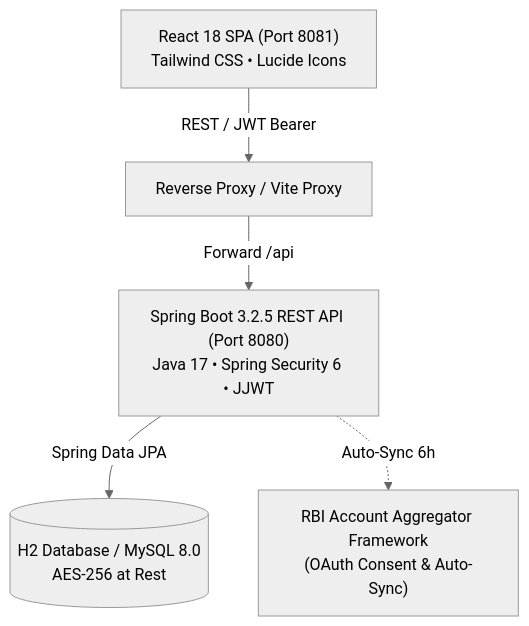
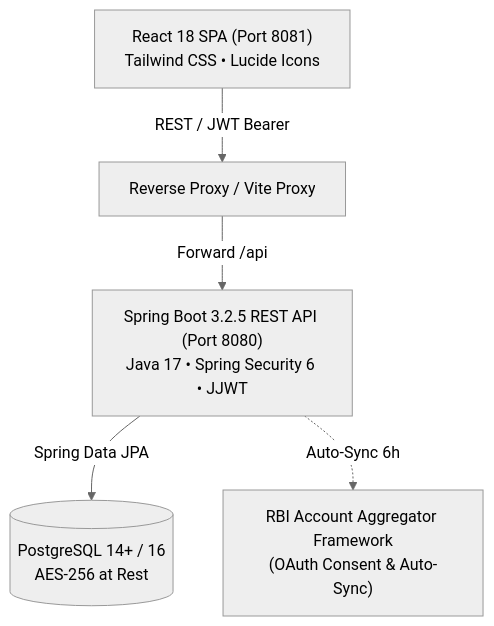
One commit to keerthana-rajamani/finance-app changed the diagram in README.md. Above: the diagram before and after it, drawn with Mermaid (neutral theme). The commit also changed other lines of this file and 5 other files, not shown here.

Commit message:
feat: migrate database layer from H2/MySQL to PostgreSQL

````diff
--- a/README.md
+++ b/README.md
@@ -15,13 +15,13 @@
 ```mermaid
 graph TD
     Client["React 18 SPA (Port 8081)<br/>Tailwind CSS • Lucide Icons"]
     Gateway["Reverse Proxy / Vite Proxy"]
     Backend["Spring Boot 3.2.5 REST API (Port 8080)<br/>Java 17 • Spring Security 6 • JJWT"]
-    DB[(H2 Database / MySQL 8.0<br/>AES-256 at Rest)]
+    DB[(PostgreSQL 14+ / 16<br/>AES-256 at Rest)]
     AA["RBI Account Aggregator Framework<br/>(OAuth Consent & Auto-Sync)"]
 
     Client -->|REST / JWT Bearer| Gateway
     Gateway -->|Forward /api| Backend
     Backend -->|Spring Data JPA| DB
     Backend -.->|Auto-Sync 6h| AA
 ```
````
